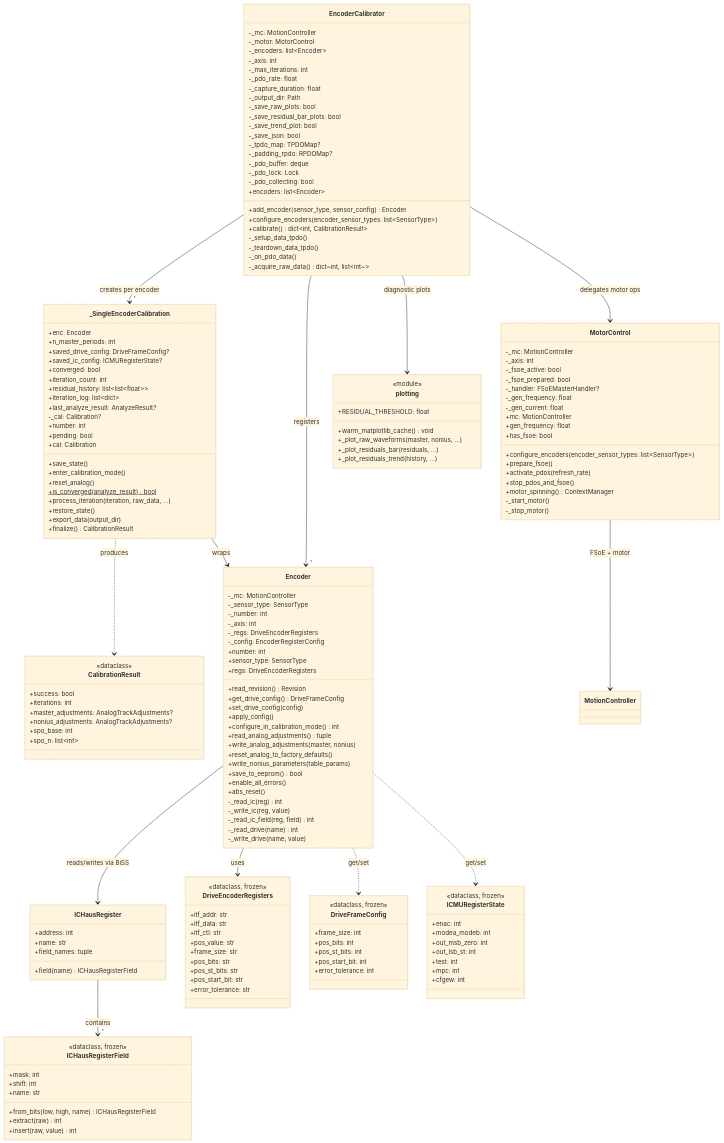
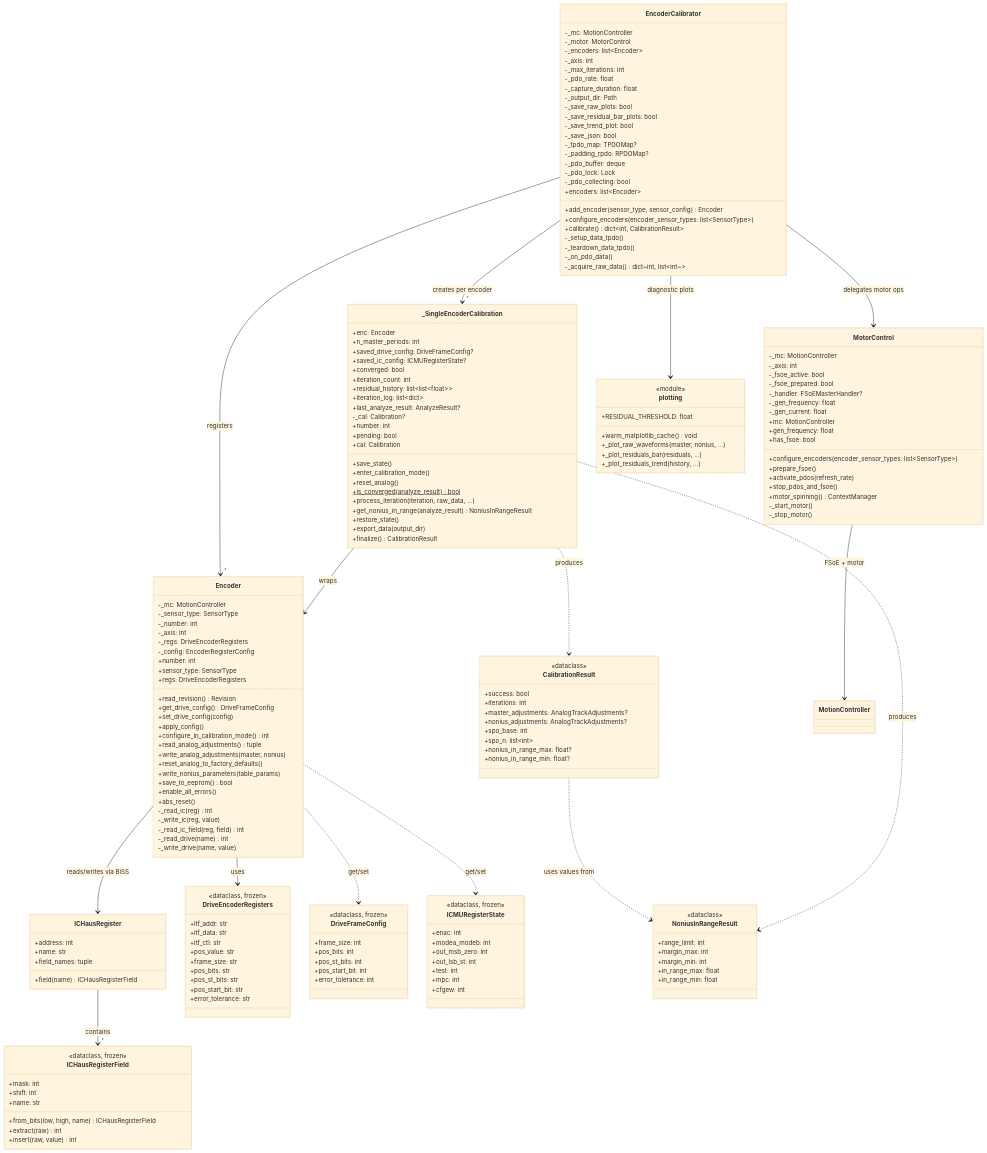
The third of 3 diagrams in docs/architecture.md (ingeniamc/iC-Haus-magnetic-encoder-calibration), drawn with Mermaid (base theme) before and after one commit. The commit also changed other lines of this file, not shown here.

Commit message:
DR3256AC-925 Minor architecture updates

````diff
--- a/docs/architecture.md
+++ b/docs/architecture.md
@@ -314,6 +314,17 @@
         +nonius_adjustments: AnalogTrackAdjustments?
         +spo_base: int
         +spo_n: list~int~
+        +nonius_in_range_max: float?
+        +nonius_in_range_min: float?
+    }
+
+    class NoniusInRangeResult {
+        <<dataclass>>
+        +range_limit: int
+        +margin_max: int
+        +margin_min: int
+        +in_range_max: float
+        +in_range_min: float
     }
 
     class Encoder {
@@ -384,6 +395,7 @@
         +reset_analog()
         +is_converged(analyze_result) bool$
         +process_iteration(iteration, raw_data, ...)
+        +get_nonius_in_range(analyze_result) NoniusInRangeResult
         +restore_state()
         +export_data(output_dir)
         +finalize() CalibrationResult
@@ -438,4 +450,6 @@
     Encoder ..> DriveFrameConfig : get/set
     Encoder ..> ICMURegisterState : get/set
     _SingleEncoderCalibration ..> CalibrationResult : produces
+    _SingleEncoderCalibration ..> NoniusInRangeResult : produces
+    CalibrationResult ..> NoniusInRangeResult : uses values from
 ```
````
